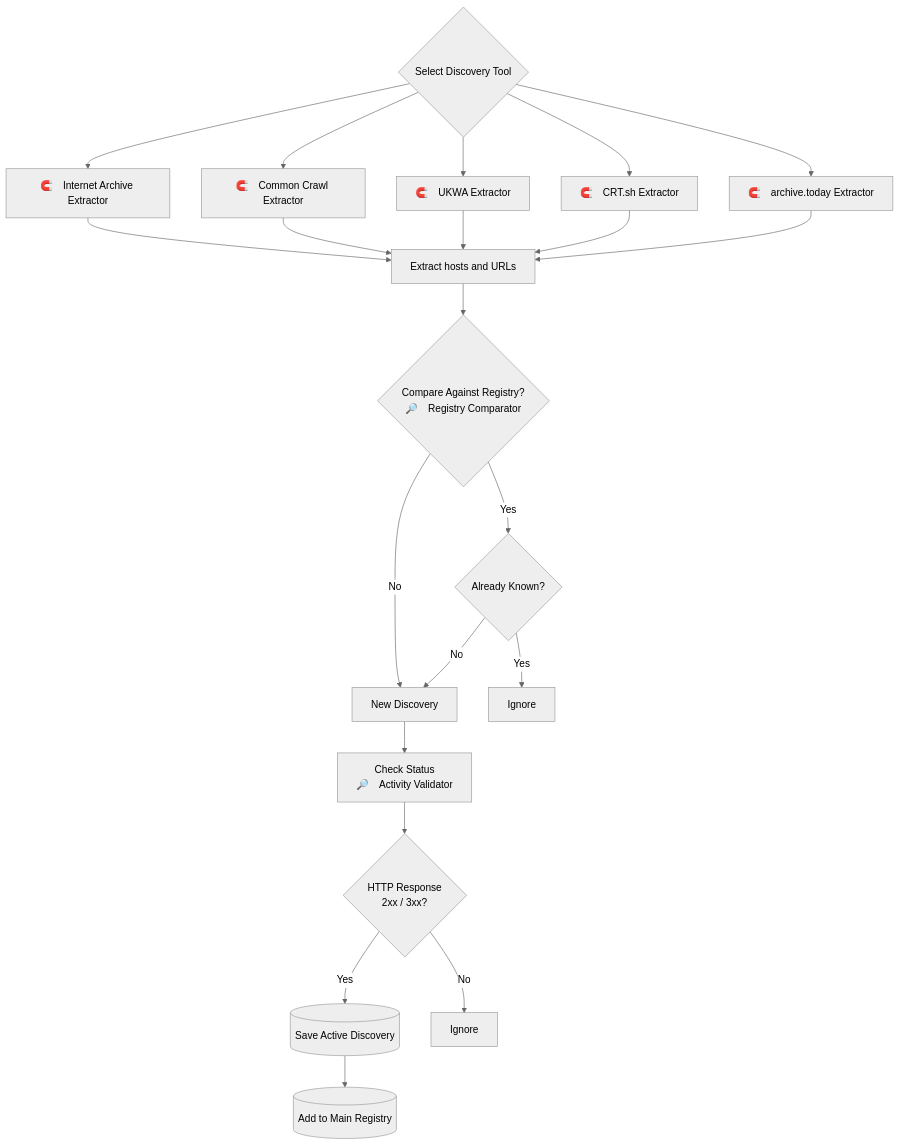
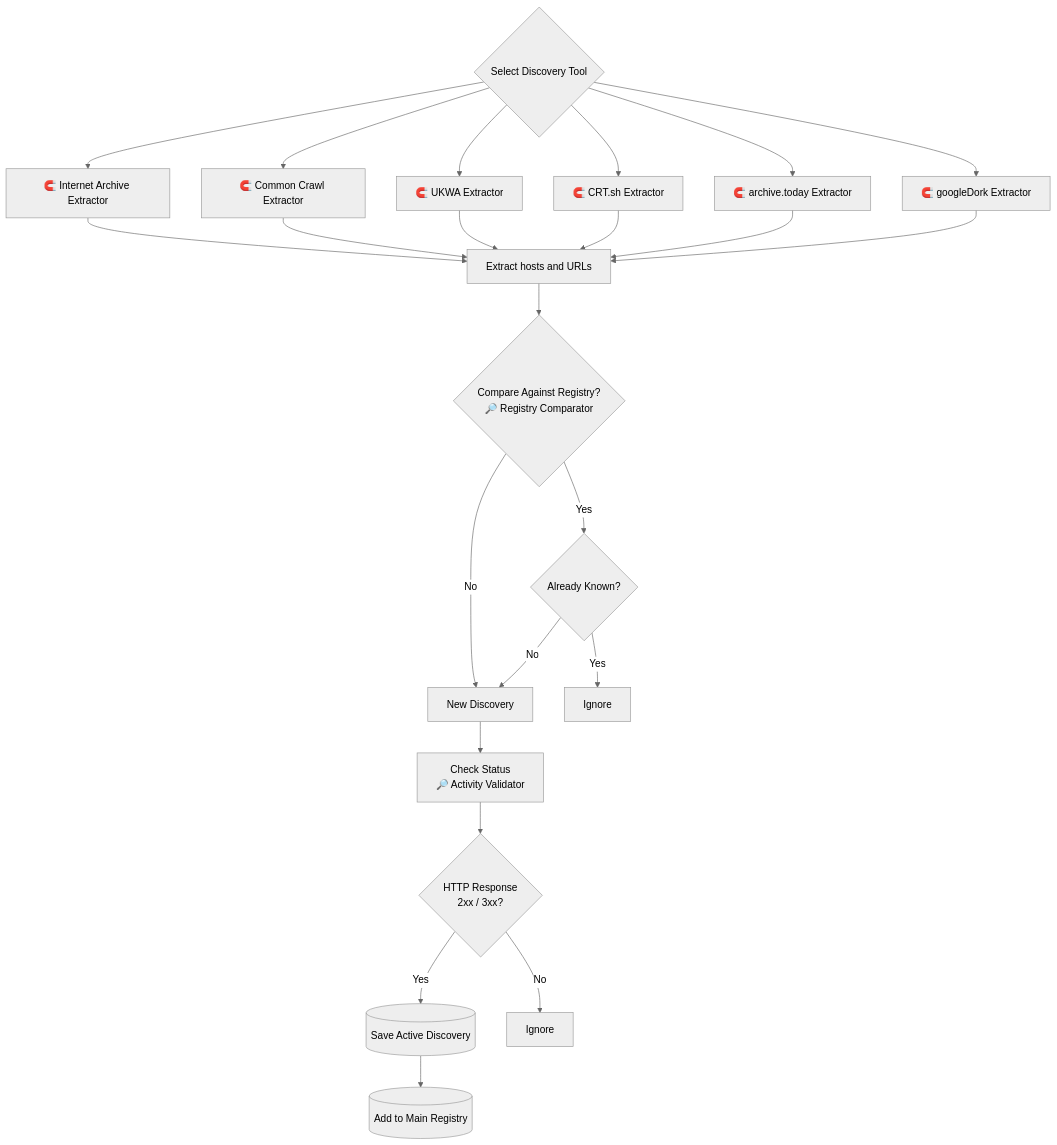
The diagram in README.md (UoEMainLibrary/lost-and-found), drawn with Mermaid (neutral theme) before and after one commit. The commit also changed other lines of this file, not shown here.

````diff
--- a/README.md
+++ b/README.md
@@ -90,24 +91,26 @@
 ```mermaid
 flowchart TD
    A{Select Discovery Tool}
-   A --> B[🧲 ⠀Internet Archive Extractor]
-   A --> C[🧲 ⠀Common Crawl Extractor]
-   A --> D[🧲 ⠀UKWA Extractor]
-   A --> E[🧲 ⠀CRT.sh Extractor]
-   A --> F[🧲 ⠀archive.today Extractor]
-   B --> G[Extract hosts and URLs]
-   C --> G
-   D --> G
-   E --> G
-   F --> G
-   G --> H{Compare Against Registry?<br/>🔎 ⠀Registry Comparator}
+   A --> B[🧲 Internet Archive Extractor]
+   A --> C[🧲 Common Crawl Extractor]
+   A --> D[🧲 UKWA Extractor]
+   A --> E[🧲 CRT.sh Extractor]
+   A --> F[🧲 archive.today Extractor]
+   A --> G[🧲 googleDork Extractor]
+   B --> X[Extract hosts and URLs]
+   C --> X
+   D --> X
+   E --> X
+   F --> X
+   G --> X
+   X --> H{Compare Against Registry?<br/>🔎 Registry Comparator}
    H -->|Yes| I{Already Known?}
    H -->|No| K[New Discovery]
    I -->|Yes| J[Ignore]
    I -->|No| K
-   K --> L[Check Status<br/>🔎 ⠀Activity Validator]
+   K --> L[Check Status<br/>🔎 Activity Validator]
    L --> M{HTTP Response<br/>2xx / 3xx?}
    M -->|Yes| N[(Save Active Discovery)]
    M -->|No| O[Ignore]
    N --> P[(Add to Main Registry)]
 ```
````
